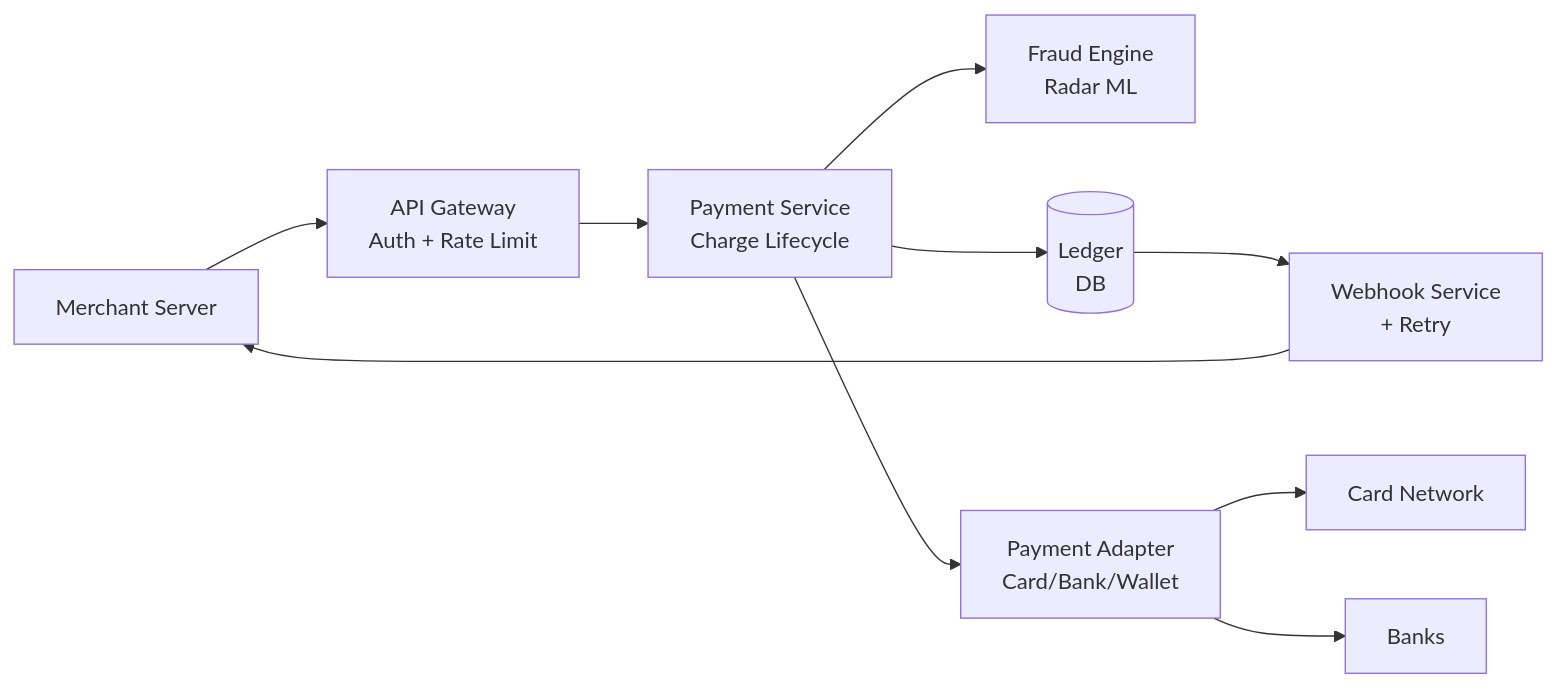
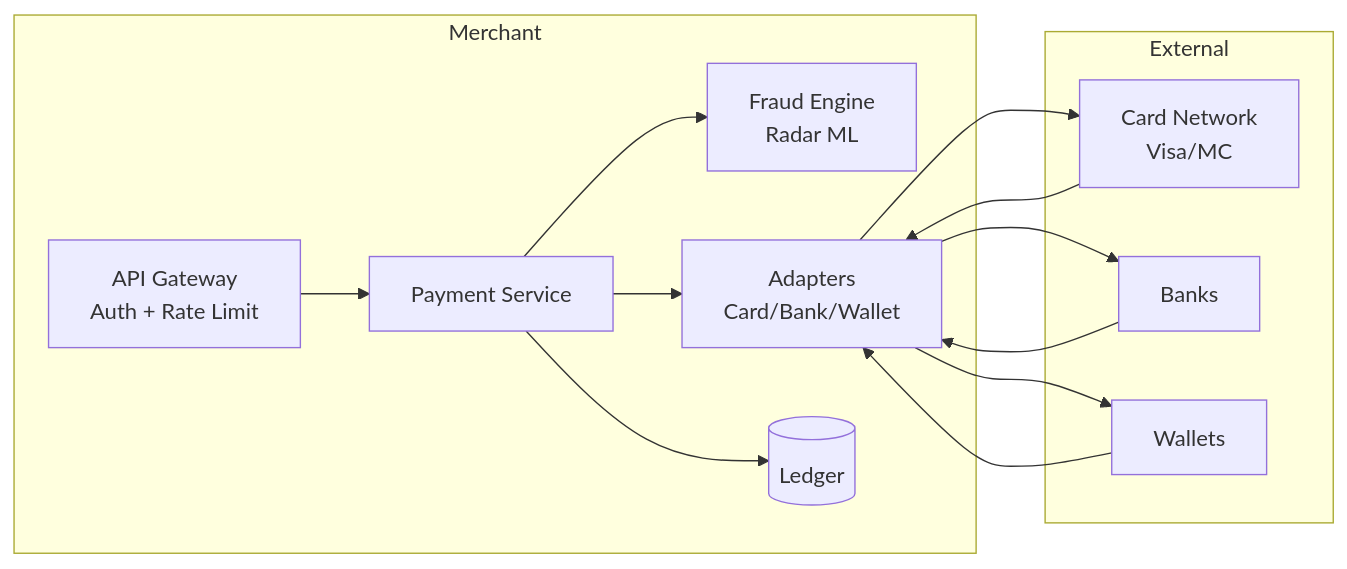
The second of 9 diagrams in docs/system-design/high-level/designing/advanced/stripe.md (abhishekghoshh/system-design-helper), drawn with Mermaid before and after one commit. The commit also changed other lines of this file and 107 other files, not shown here.

````diff
--- a/docs/system-design/high-level/designing/advanced/stripe.md
+++ b/docs/system-design/high-level/designing/advanced/stripe.md
@@ -272,12 +184,25 @@
 ```mermaid
 flowchart LR
-  M[Merchant Server] --> GW[API Gateway<br/>Auth + Rate Limit]
-  GW --> PS[Payment Service<br/>Charge Lifecycle]
-  PS --> FA[Fraud Engine<br/>Radar ML]
-  PS --> LD[(Ledger<br/>DB)]
-  PS --> PA[Payment Adapter<br/>Card/Bank/Wallet]
-  PA --> CN[Card Network]
-  PA --> BK[Banks]
-  LD --> WS[Webhook Service<br/>+ Retry]
-  WS --> M
+    subgraph "Merchant"
+        API[API Gateway<br/>Auth + Rate Limit]
+        PS[Payment Service]
+        FA[Fraud Engine<br/>Radar ML]
+        PA[Adapters<br/>Card/Bank/Wallet]
+        LD[(Ledger)]
+    end
+    subgraph "External"
+        CN[Card Network<br/>Visa/MC]
+        BK[Banks]
+        WAL[Wallets]
+    end
+    API --> PS
+    PS --> FA
+    PS --> PA
+    PS --> LD
+    PA --> CN
+    PA --> BK
+    PA --> WAL
+    CN --> PA
+    BK --> PA
+    WAL --> PA
 ```
````
